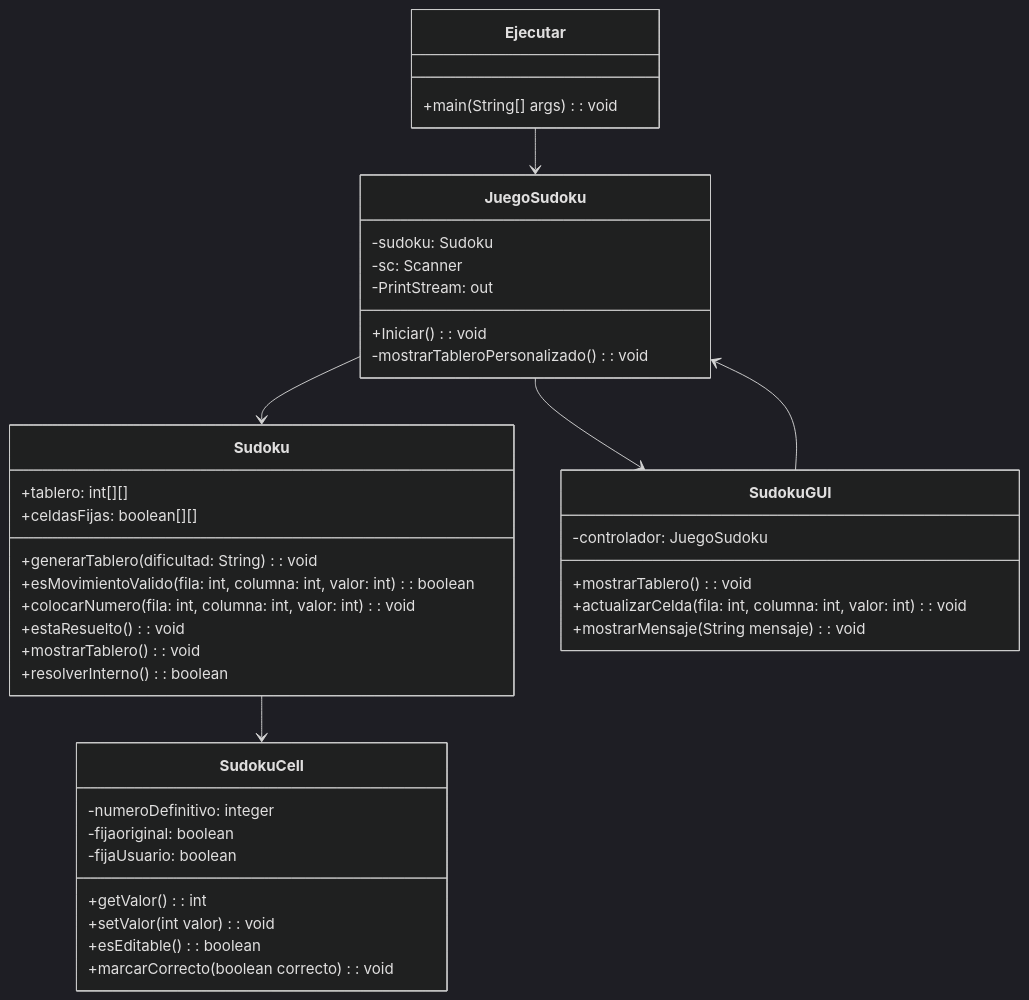
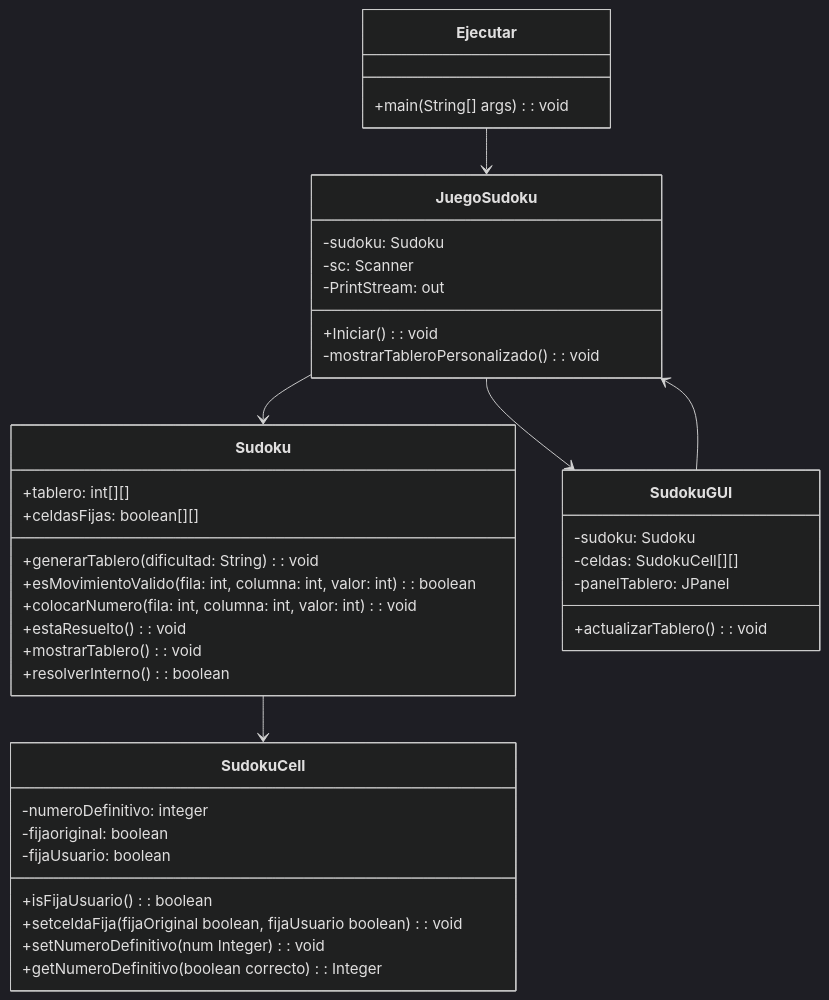
One commit to AngelRagel05/Sudoku changed the sixth of 6 diagrams in AnálisisRequerimiento.md. Above: the diagram before and after it, drawn with Mermaid (dark theme).

Commit message:
Actualizar métodos en las clases SudokuCell y SudokuGUI para mejorar la gestión de celdas y la visualización del tablero.

````diff
--- a/AnálisisRequerimiento.md
+++ b/AnálisisRequerimiento.md
@@ -165,52 +165,53 @@
 ``` mermaid
 classDiagram
     class Ejecutar {
         +main(String[] args): void
     }
 
     class JuegoSudoku {
         -sudoku: Sudoku
         -sc: Scanner
         -PrintStream: out
 
         +Iniciar(): void
         -mostrarTableroPersonalizado(): void
     }
 
     class Sudoku {
         +tablero: int[][]
         +celdasFijas: boolean[][] 
 
         +generarTablero(dificultad: String): void
         +esMovimientoValido(fila: int, columna: int, valor: int): boolean
         +colocarNumero(fila: int, columna: int, valor: int): void
         +estaResuelto(): void
         +mostrarTablero(): void
         +resolverInterno(): boolean
     }
 
     class SudokuCell {
         -numeroDefinitivo: integer
         -fijaoriginal: boolean
         -fijaUsuario: boolean
 
-        +getValor(): int
-        +setValor(int valor): void
-        +esEditable(): boolean
-        +marcarCorrecto(boolean correcto): void
+        +isFijaUsuario(): boolean
+        +setceldaFija(fijaOriginal boolean, fijaUsuario boolean): void
+        +setNumeroDefinitivo(num Integer): void
+        +getNumeroDefinitivo(boolean correcto): Integer
     }
 
     class SudokuGUI {
-        -controlador: JuegoSudoku
-        +mostrarTablero(): void
-        +actualizarCelda(fila: int, columna: int, valor: int): void
-        +mostrarMensaje(String mensaje): void
+        -sudoku: Sudoku
+        -celdas: SudokuCell[][]
+        -panelTablero: JPanel
+
+        +actualizarTablero(): void
     }
 
     Ejecutar --> JuegoSudoku
     JuegoSudoku --> Sudoku
     JuegoSudoku --> SudokuGUI
     Sudoku --> SudokuCell
     SudokuGUI --> JuegoSudoku
 
 ```
````
